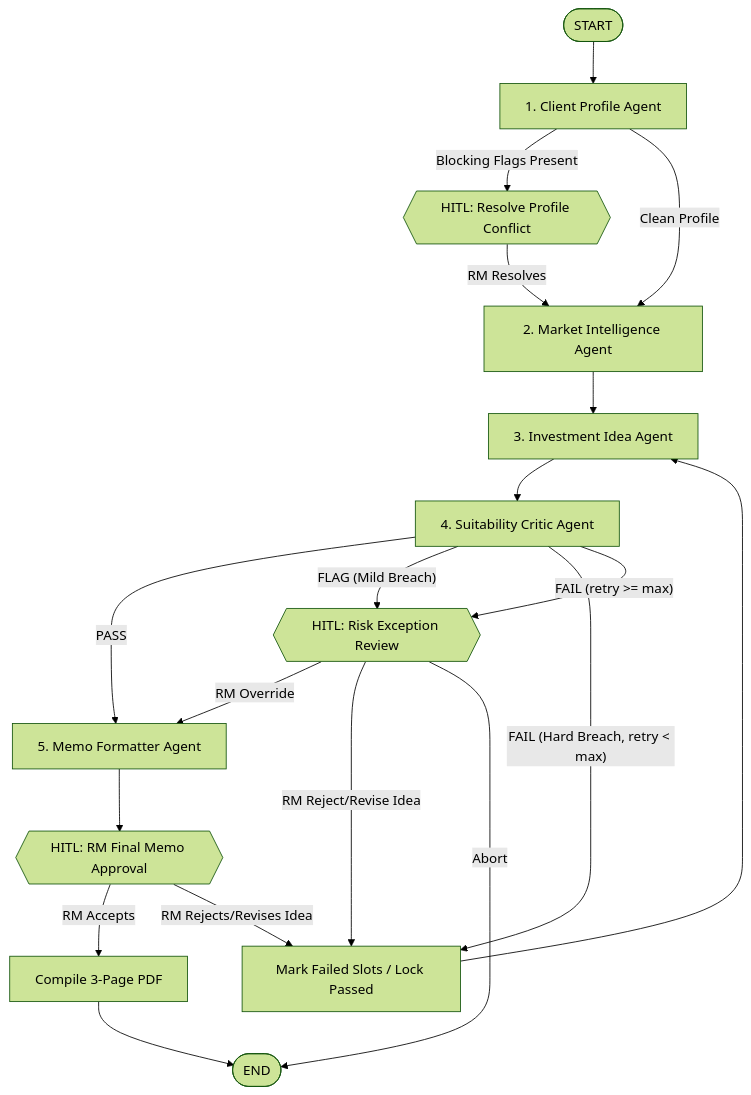
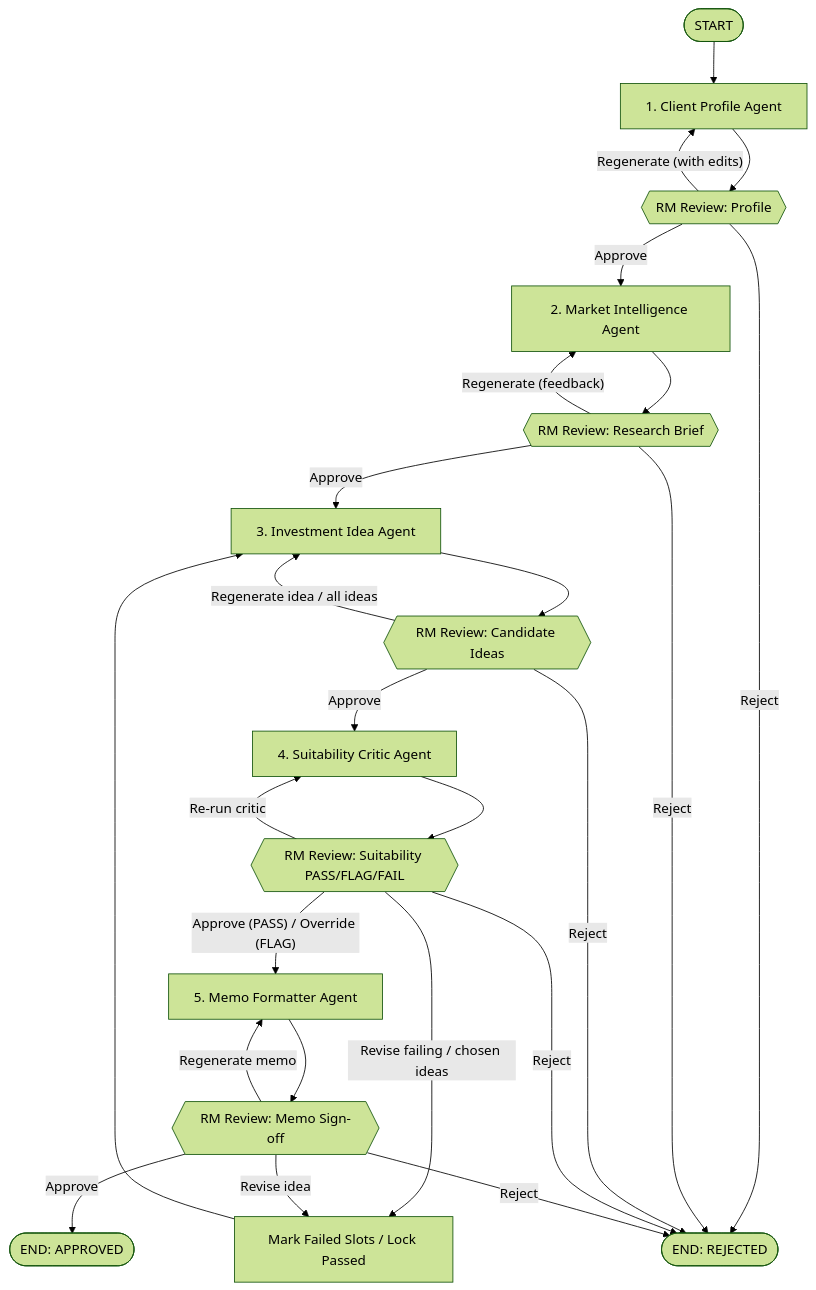
Before and after one commit to swarna2727/UBS-OneView: the diagram in FA-Main/README.md, drawn with Mermaid (forest theme). The commit also changed other lines of this file and 13 other files, not shown here.

First line of the commit message:
Add RM review checkpoint after every agent

````diff
--- a/FA-Main/README.md
+++ b/FA-Main/README.md
@@ -22,21 +27,23 @@
 ```mermaid
 flowchart TD
     START([START]) --> CP[1. Client Profile Agent]
-    CP -->|"Blocking Flags Present"| H1{{"HITL: Resolve Profile Conflict"}}
-    CP -->|"Clean Profile"| MI[2. Market Intelligence Agent]
-    H1 -->|"RM Resolves"| MI
-    MI --> IG[3. Investment Idea Agent]
-    IG --> SC[4. Suitability Critic Agent]
-    SC -->|"PASS"| MF[5. Memo Formatter Agent]
-    SC -->|"FLAG (Mild Breach)"| H2{{"HITL: Risk Exception Review"}}
-    SC -->|"FAIL (Hard Breach, retry < max)"| SEL[Mark Failed Slots / Lock Passed]
-    SC -->|"FAIL (retry >= max)"| H2
+    CP --> R1{{"RM Review: Profile"}}
+    R1 -->|"Regenerate (with edits)"| CP
+    R1 -->|"Approve"| MI[2. Market Intelligence Agent]
+    MI --> R2{{"RM Review: Research Brief"}}
+    R2 -->|"Regenerate (feedback)"| MI
+    R2 -->|"Approve"| IG[3. Investment Idea Agent]
+    IG --> R3{{"RM Review: Candidate Ideas"}}
+    R3 -->|"Regenerate idea / all ideas"| IG
+    R3 -->|"Approve"| SC[4. Suitability Critic Agent]
+    SC --> R4{{"RM Review: Suitability PASS/FLAG/FAIL"}}
+    R4 -->|"Re-run critic"| SC
+    R4 -->|"Revise failing / chosen ideas"| SEL[Mark Failed Slots / Lock Passed]
     SEL --> IG
-    H2 -->|"RM Override"| MF
-    H2 -->|"RM Reject/Revise Idea"| SEL
-    H2 -->|"Abort"| END_SESSION([END])
-    MF --> H3{{"HITL: RM Final Memo Approval"}}
-    H3 -->|"RM Accepts"| PDF[Compile 3-Page PDF]
-    H3 -->|"RM Rejects/Revises Idea"| SEL
-    PDF --> END_SESSION
+    R4 -->|"Approve (PASS) / Override (FLAG)"| MF[5. Memo Formatter Agent]
+    MF --> R5{{"RM Review: Memo Sign-off"}}
+    R5 -->|"Regenerate memo"| MF
+    R5 -->|"Revise idea"| SEL
+    R5 -->|"Approve"| END_SESSION([END: APPROVED])
+    R1 & R2 & R3 & R4 & R5 -->|"Reject"| REJ([END: REJECTED])
 ```
````
